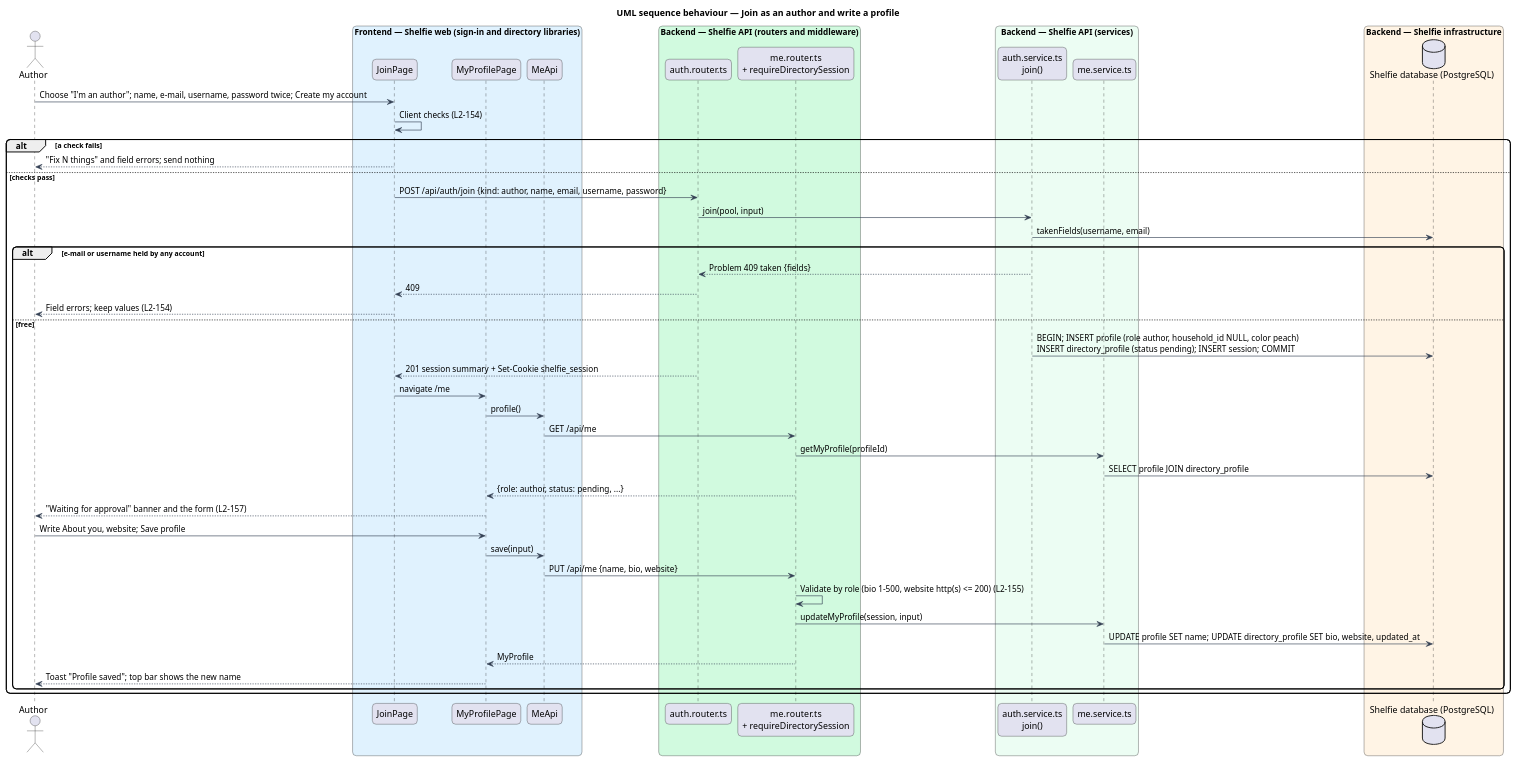
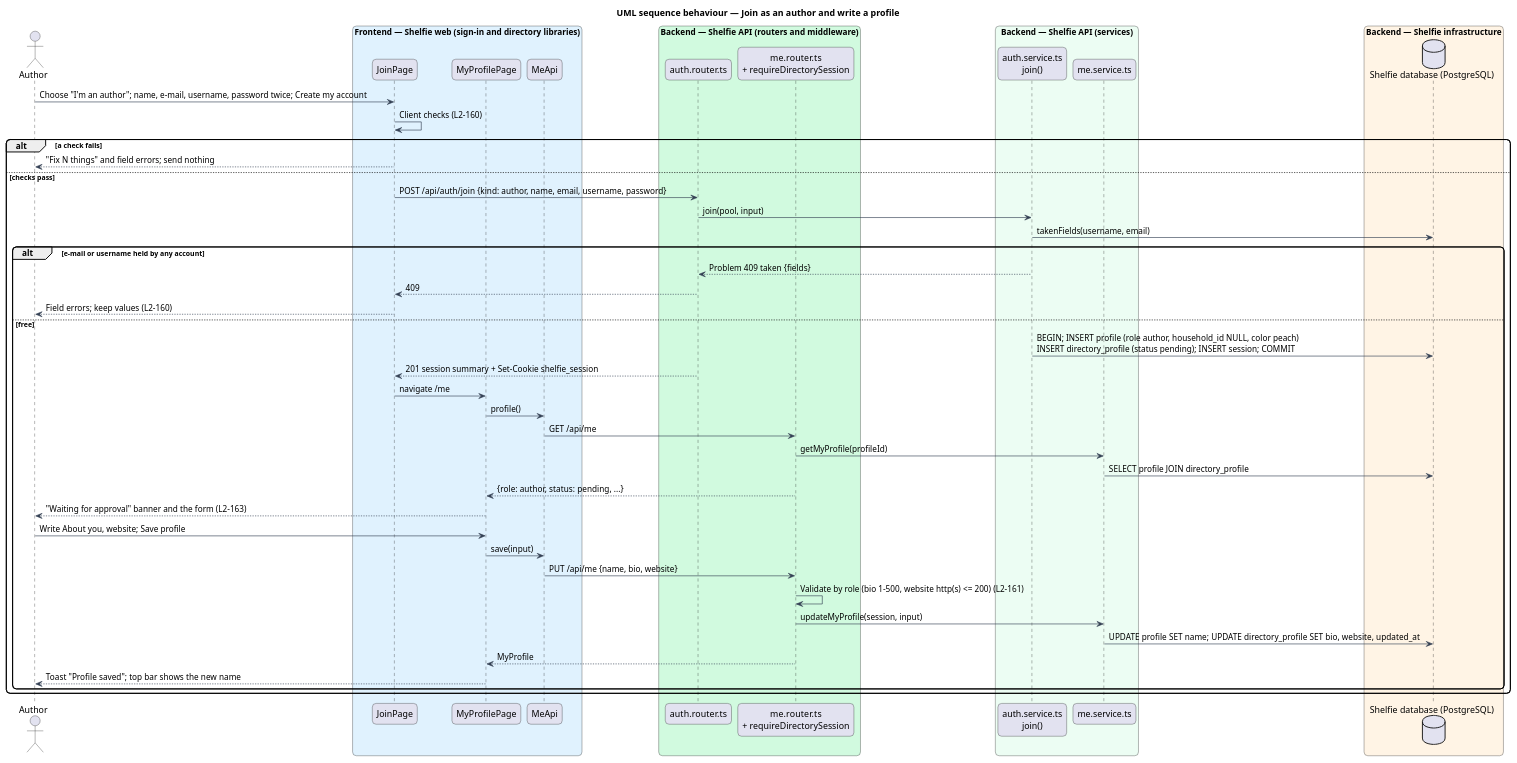
One commit to QuinntyneBrown/shelfie changed the diagram in docs/detailed-designs/directory/author-profile/diagrams/sequence-join-and-edit.puml. Above: the diagram before and after it, drawn with PlantUML. The commit also changed 125 other files, not shown here.

```diff
--- a/docs/detailed-designs/directory/author-profile/diagrams/sequence-join-and-edit.puml
+++ b/docs/detailed-designs/directory/author-profile/diagrams/sequence-join-and-edit.puml
@@ -1,58 +1,58 @@
 @startuml
 title UML sequence behaviour — Join as an author and write a profile
 skinparam backgroundColor #FFFFFF
 skinparam shadowing false
 skinparam roundcorner 12
 skinparam defaultFontName Arial
 skinparam ArrowColor #344054
 actor "Author" as author
 box "Frontend — Shelfie web (sign-in and directory libraries)" #E0F2FE
   participant "JoinPage" as join
   participant "MyProfilePage" as page
   participant "MeApi" as client
 end box
 box "Backend — Shelfie API (routers and middleware)" #D1FADF
   participant "auth.router.ts" as auth
   participant "me.router.ts\n+ requireDirectorySession" as me
 end box
 box "Backend — Shelfie API (services)" #ECFDF3
   participant "auth.service.ts\njoin()" as svc
   participant "me.service.ts" as mesvc
 end box
 box "Backend — Shelfie infrastructure" #FFF4E5
   database "Shelfie database (PostgreSQL)" as db
 end box
 
 author -> join : Choose "I'm an author"; name, e-mail, username, password twice; Create my account
-join -> join : Client checks (L2-154)
+join -> join : Client checks (L2-160)
 alt a check fails
   join --> author : "Fix N things" and field errors; send nothing
 else checks pass
   join -> auth : POST /api/auth/join {kind: author, name, email, username, password}
   auth -> svc : join(pool, input)
   svc -> db : takenFields(username, email)
   alt e-mail or username held by any account
     svc --> auth : Problem 409 taken {fields}
     auth --> join : 409
-    join --> author : Field errors; keep values (L2-154)
+    join --> author : Field errors; keep values (L2-160)
   else free
     svc -> db : BEGIN; INSERT profile (role author, household_id NULL, color peach)\nINSERT directory_profile (status pending); INSERT session; COMMIT
     auth --> join : 201 session summary + Set-Cookie shelfie_session
     join -> page : navigate /me
     page -> client : profile()
     client -> me : GET /api/me
     me -> mesvc : getMyProfile(profileId)
     mesvc -> db : SELECT profile JOIN directory_profile
     me --> page : {role: author, status: pending, ...}
-    page --> author : "Waiting for approval" banner and the form (L2-157)
+    page --> author : "Waiting for approval" banner and the form (L2-163)
     author -> page : Write About you, website; Save profile
     page -> client : save(input)
     client -> me : PUT /api/me {name, bio, website}
-    me -> me : Validate by role (bio 1-500, website http(s) <= 200) (L2-155)
+    me -> me : Validate by role (bio 1-500, website http(s) <= 200) (L2-161)
     me -> mesvc : updateMyProfile(session, input)
     mesvc -> db : UPDATE profile SET name; UPDATE directory_profile SET bio, website, updated_at
     me --> page : MyProfile
     page --> author : Toast "Profile saved"; top bar shows the new name
   end
 end
 @enduml
```
